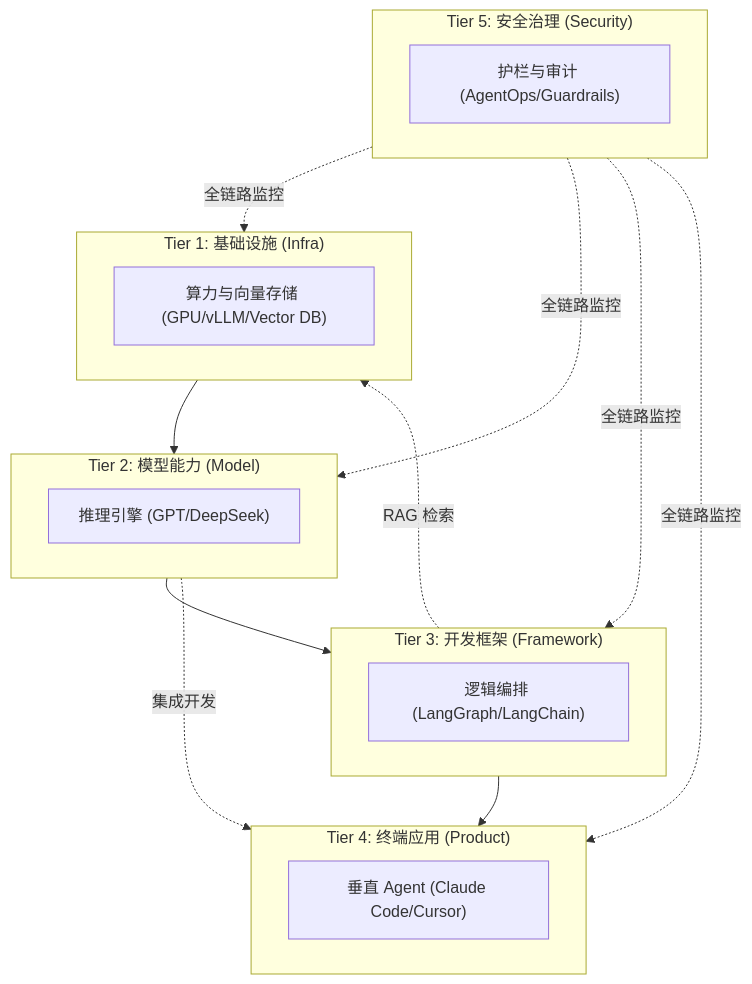
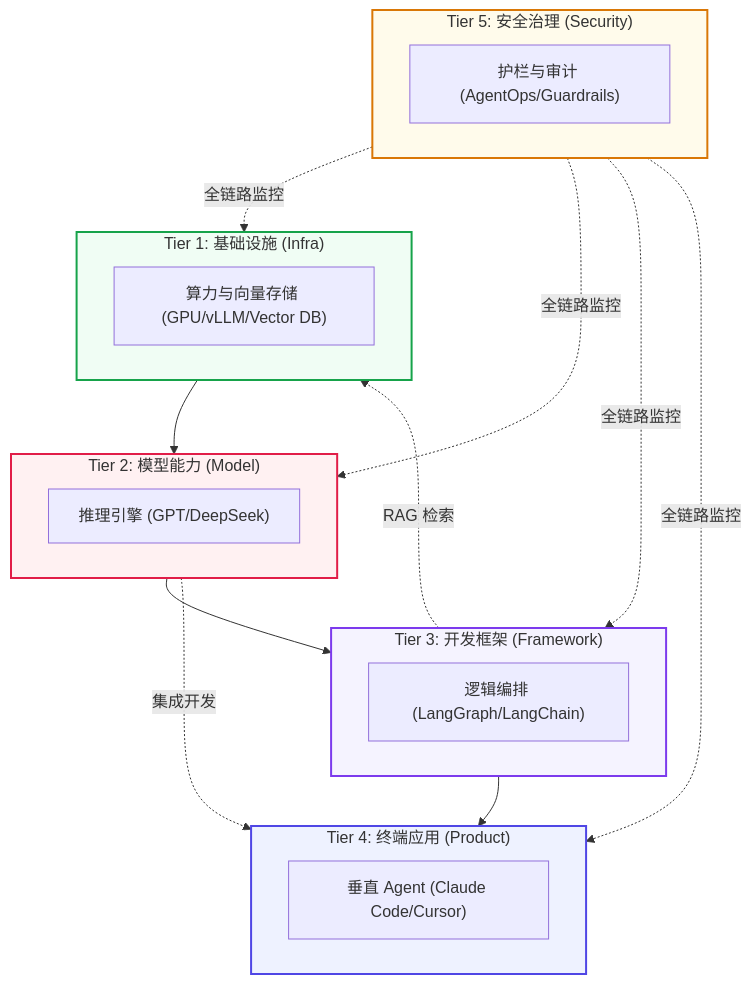
Before and after one commit to wangchong2023/lang-chain-graph: the second of 15 diagrams in doc/AI_Knowledge_Roadmap.md, drawn with Mermaid. The commit also changed other lines of this file, not shown here.

Commit message:
docs: update AI knowledge roadmap with new learning resources and topics

````diff
--- a/doc/AI_Knowledge_Roadmap.md
+++ b/doc/AI_Knowledge_Roadmap.md
@@ -83,32 +83,39 @@
 ```mermaid
 graph TD
     subgraph P ["Tier 4: 终端应用 (Product)"]
         App["垂直 Agent (Claude Code/Cursor)"]
     end
 
     subgraph F ["Tier 3: 开发框架 (Framework)"]
         Framework["逻辑编排 (LangGraph/LangChain)"]
     end
 
     subgraph M ["Tier 2: 模型能力 (Model)"]
         Model["推理引擎 (GPT/DeepSeek)"]
     end
 
     subgraph I ["Tier 1: 基础设施 (Infra)"]
         Infra["算力与向量存储 (GPU/vLLM/Vector DB)"]
     end
 
     subgraph G ["Tier 5: 安全治理 (Security)"]
         Gov["护栏与审计 (AgentOps/Guardrails)"]
     end
 
     %% 纵向依赖关系
     I --> M
     M --> F
     F --> P
     
     %% 交互细节
     F -. "RAG 检索" .-> I
     M -. "集成开发" .-> P
     G -. "全链路监控" .-> I & M & F & P
+
+    %% 样式美化
+    style P fill:#eef2ff,stroke:#4f46e5,stroke-width:2px
+    style F fill:#f5f3ff,stroke:#7c3aed,stroke-width:2px
+    style M fill:#fff1f2,stroke:#e11d48,stroke-width:2px
+    style I fill:#f0fdf4,stroke:#16a34a,stroke-width:2px
+    style G fill:#fffbeb,stroke:#d97706,stroke-width:2px
 ```
````
